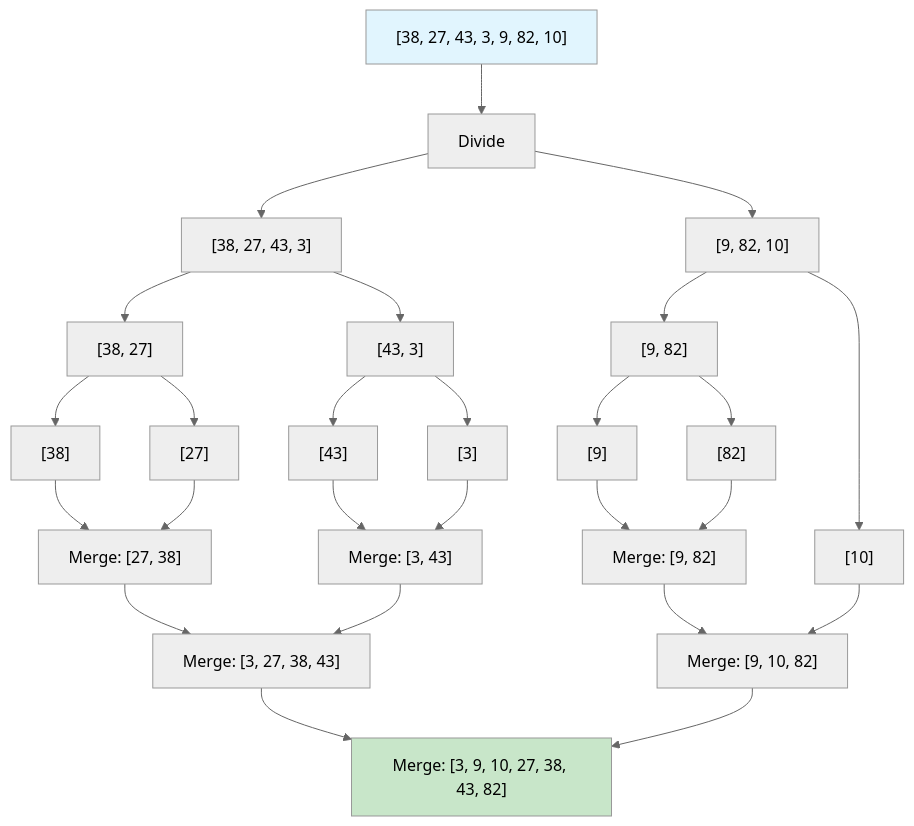
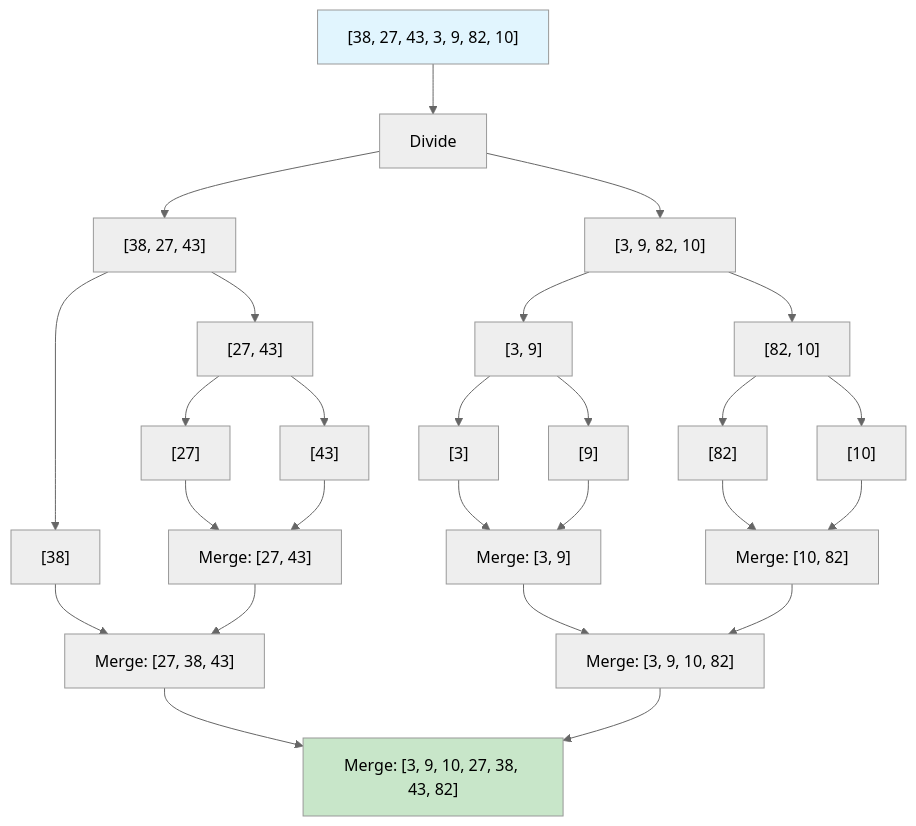
One commit to AbhinaavRamesh/handbook changed the second of 5 diagrams in docs/sde-coding/searching-sorting/sorting-algorithms.md. Above: the diagram before and after it, drawn with Mermaid (neutral theme). The commit also changed other lines of this file and 72 other files, not shown here.

````diff
--- a/docs/sde-coding/searching-sorting/sorting-algorithms.md
+++ b/docs/sde-coding/searching-sorting/sorting-algorithms.md
@@ -280,36 +280,36 @@
 ```mermaid
 flowchart TD
     A["[38, 27, 43, 3, 9, 82, 10]"] --> B["Divide"]
-    B --> C["[38, 27, 43, 3]"]
-    B --> D["[9, 82, 10]"]
+    B --> C["[38, 27, 43]"]
+    B --> D["[3, 9, 82, 10]"]
 
-    C --> E["[38, 27]"]
-    C --> F["[43, 3]"]
-    D --> G["[9, 82]"]
-    D --> H["[10]"]
+    C --> E["[38]"]
+    C --> F["[27, 43]"]
+    D --> G["[3, 9]"]
+    D --> H["[82, 10]"]
 
-    E --> I["[38]"]
-    E --> J["[27]"]
-    F --> K["[43]"]
-    F --> L["[3]"]
-    G --> M["[9]"]
-    G --> N["[82]"]
+    F --> I["[27]"]
+    F --> J["[43]"]
+    G --> K["[3]"]
+    G --> L["[9]"]
+    H --> M["[82]"]
+    H --> N["[10]"]
 
-    I --> O["Merge: [27, 38]"]
+    I --> O["Merge: [27, 43]"]
     J --> O
-    K --> P["Merge: [3, 43]"]
+    K --> P["Merge: [3, 9]"]
     L --> P
-    M --> Q["Merge: [9, 82]"]
+    M --> Q["Merge: [10, 82]"]
     N --> Q
 
-    O --> R["Merge: [3, 27, 38, 43]"]
-    P --> R
-    Q --> S["Merge: [9, 10, 82]"]
-    H --> S
+    E --> R["Merge: [27, 38, 43]"]
+    O --> R
+    P --> S["Merge: [3, 9, 10, 82]"]
+    Q --> S
 
     R --> T["Merge: [3, 9, 10, 27, 38, 43, 82]"]
     S --> T
 
     style A fill:#e1f5fe
     style T fill:#c8e6c9
 ```
````
